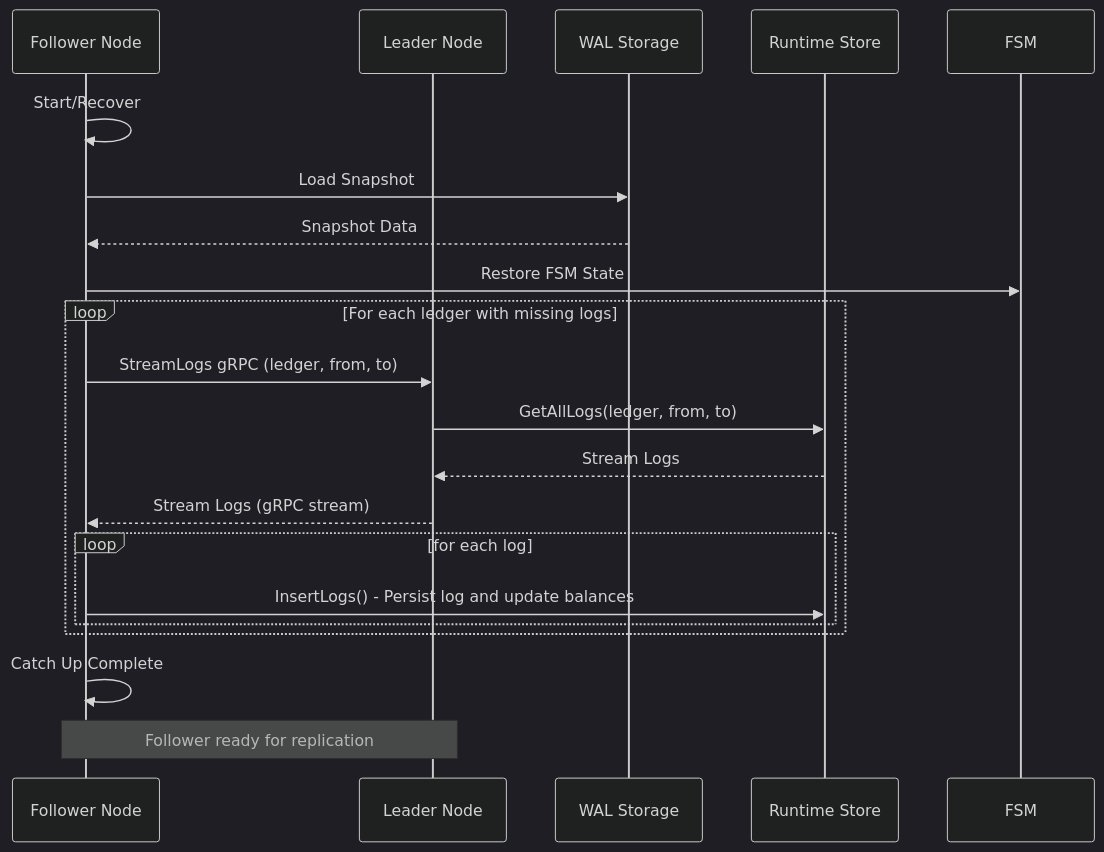
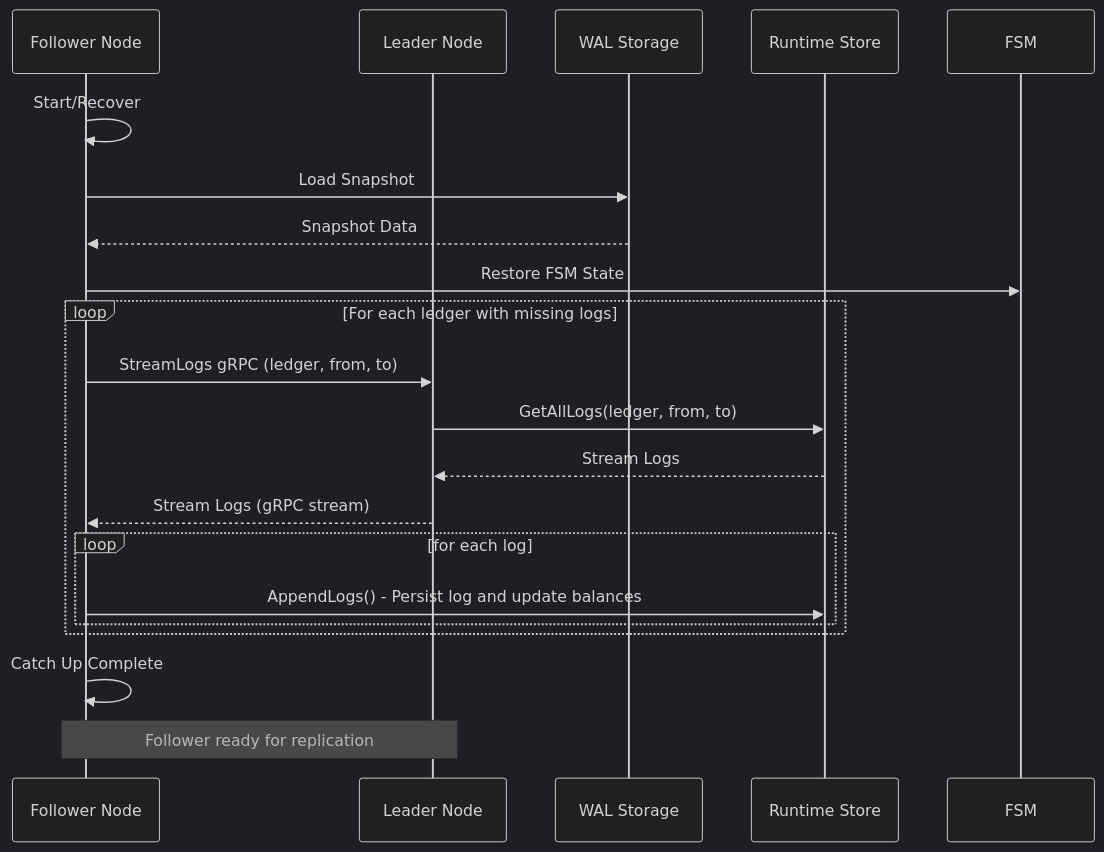
The fourth of 7 diagrams in docs/data-flows.md (formancehq/ledger), drawn with Mermaid (dark theme) before and after one commit. The commit also changed other lines of this file and 32 other files, not shown here.

````diff
--- a/docs/data-flows.md
+++ b/docs/data-flows.md
@@ -203,27 +203,27 @@
 ```mermaid
 sequenceDiagram
     participant Follower as Follower Node
     participant Leader as Leader Node
     participant Storage as WAL Storage
     participant RuntimeStore as Runtime Store
     participant FSM as FSM
     
     Follower->>Follower: Start/Recover
     Follower->>Storage: Load Snapshot
     Storage-->>Follower: Snapshot Data
     Follower->>FSM: Restore FSM State
     
     loop For each ledger with missing logs
         Follower->>Leader: StreamLogs gRPC (ledger, from, to)
         Leader->>RuntimeStore: GetAllLogs(ledger, from, to)
         RuntimeStore-->>Leader: Stream Logs
         Leader-->>Follower: Stream Logs (gRPC stream)
         
         loop for each log
-            Follower->>RuntimeStore: InsertLogs() - Persist log and update balances
+            Follower->>RuntimeStore: AppendLogs() - Persist log and update balances
         end
     end
     
     Follower->>Follower: Catch Up Complete
     Note over Follower,Leader: Follower ready for replication
 ```
````
